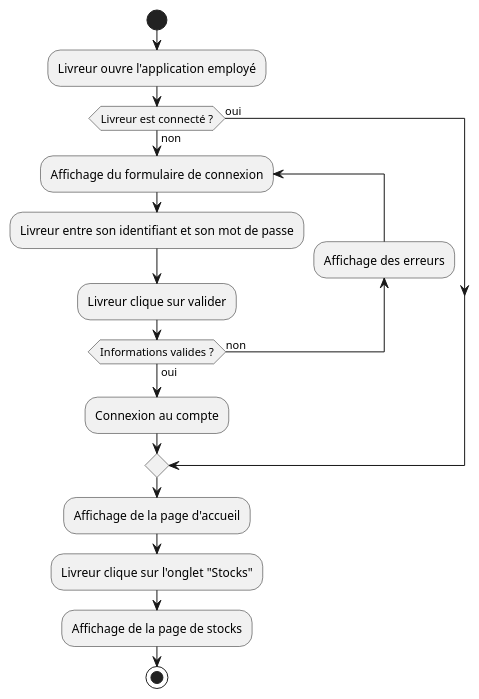
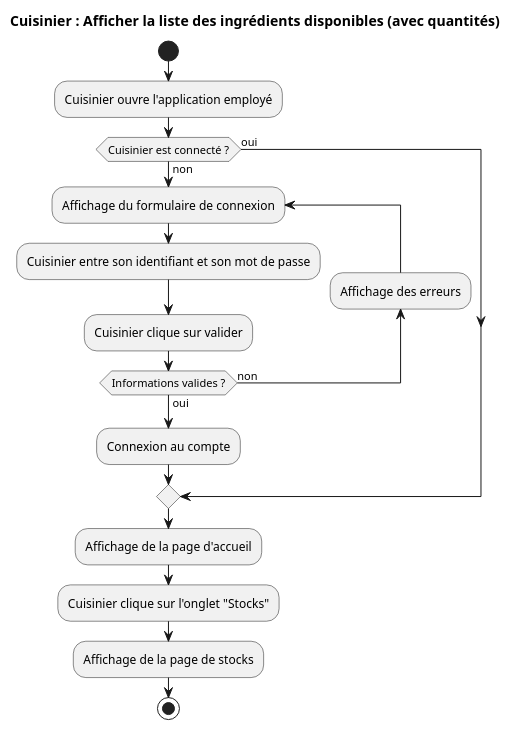
One commit to Gumpah/project_6 changed the diagram in diagrams/worker_show_stocks.puml. Above: the diagram before and after it, drawn with PlantUML. The commit also changed 25 other files, not shown here.

Commit message:
Adding title to diagrams

```diff
--- a/diagrams/worker_show_stocks.puml
+++ b/diagrams/worker_show_stocks.puml
@@ -1,25 +1,27 @@
 @startuml
 'https://plantuml.com/activity-diagram-beta
 
+title Cuisinier : Afficher la liste des ingrédients disponibles (avec quantités)
+
 start
 
-:Livreur ouvre l'application employé;
+:Cuisinier ouvre l'application employé;
 
-if (Livreur est connecté ?) then (oui)
+if (Cuisinier est connecté ?) then (oui)
 else (non)
     repeat :Affichage du formulaire de connexion;
-        :Livreur entre son identifiant et son mot de passe;
-        :Livreur clique sur valider;
+        :Cuisinier entre son identifiant et son mot de passe;
+        :Cuisinier clique sur valider;
         backward:Affichage des erreurs;
     repeat while (Informations valides ?) is (non) not (oui)
 
     :Connexion au compte;
 endif
 
 :Affichage de la page d'accueil;
-:Livreur clique sur l'onglet "Stocks";
+:Cuisinier clique sur l'onglet "Stocks";
 :Affichage de la page de stocks;
 
 stop
 
 @enduml
```
